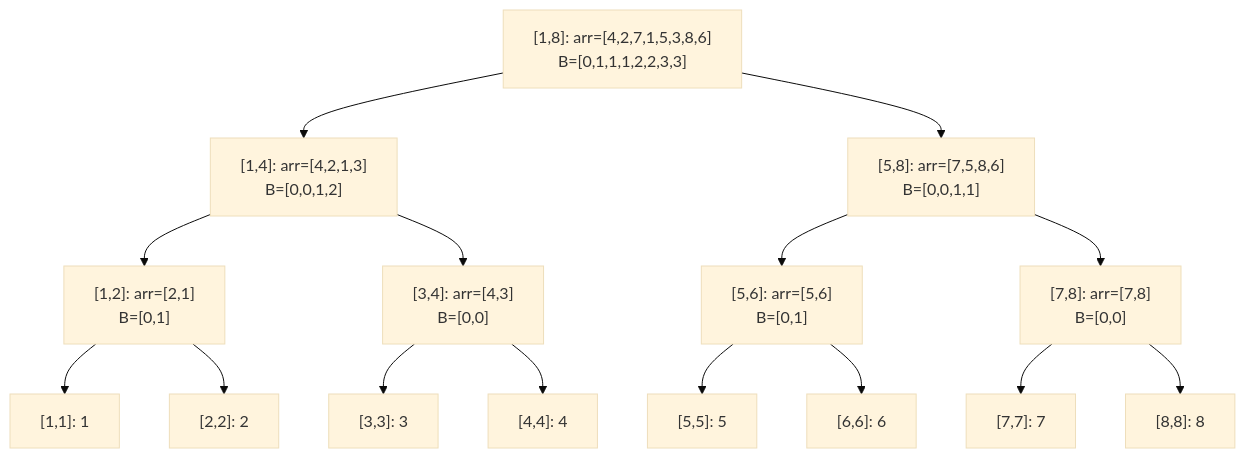
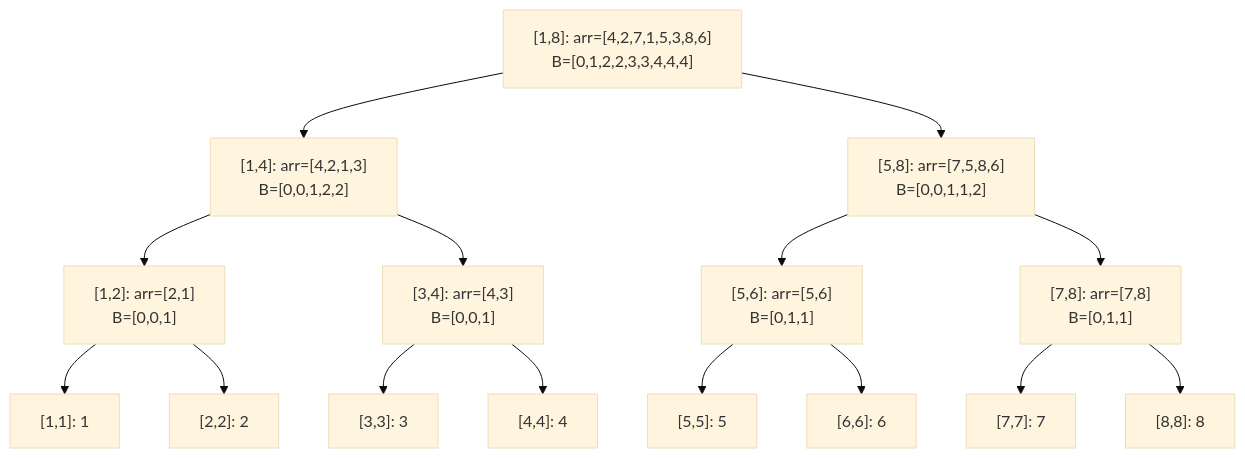
One commit to FPTOJ-OJ/fptoj_wiki changed the diagram in docs/lessons/wavelet-tree.md. Above: the diagram before and after it, drawn with Mermaid (base theme). The commit also changed other lines of this file and 133 other files, not shown here.

````diff
--- a/docs/lessons/wavelet-tree.md
+++ b/docs/lessons/wavelet-tree.md
@@ -38,17 +38,18 @@
 ```mermaid
 graph TD
-    A["[1,8]: arr=[4,2,7,1,5,3,8,6]\nB=[0,1,1,1,2,2,3,3]"] --> B["[1,4]: arr=[4,2,1,3]\nB=[0,0,1,2]"]
-    A --> C["[5,8]: arr=[7,5,8,6]\nB=[0,0,1,1]"]
-    B --> D["[1,2]: arr=[2,1]\nB=[0,1]"]
-    B --> E["[3,4]: arr=[4,3]\nB=[0,0]"]
-    C --> F["[5,6]: arr=[5,6]\nB=[0,1]"]
-    C --> G["[7,8]: arr=[7,8]\nB=[0,0]"]
+    A["[1,8]: arr=[4,2,7,1,5,3,8,6]\nB=[0,1,2,2,3,3,4,4,4]"]
+    A --> B["[1,4]: arr=[4,2,1,3]\nB=[0,0,1,2,2]"]
+    A --> C["[5,8]: arr=[7,5,8,6]\nB=[0,0,1,1,2]"]
+    B --> D["[1,2]: arr=[2,1]\nB=[0,0,1]"]
+    B --> E["[3,4]: arr=[4,3]\nB=[0,0,1]"]
+    C --> F["[5,6]: arr=[5,6]\nB=[0,1,1]"]
+    C --> G["[7,8]: arr=[7,8]\nB=[0,1,1]"]
     D --> H["[1,1]: 1"]
     D --> I["[2,2]: 2"]
     E --> J["[3,3]: 3"]
     E --> K["[4,4]: 4"]
     F --> L["[5,5]: 5"]
     F --> M["[6,6]: 6"]
     G --> N["[7,7]: 7"]
     G --> O["[8,8]: 8"]
 ```
````
